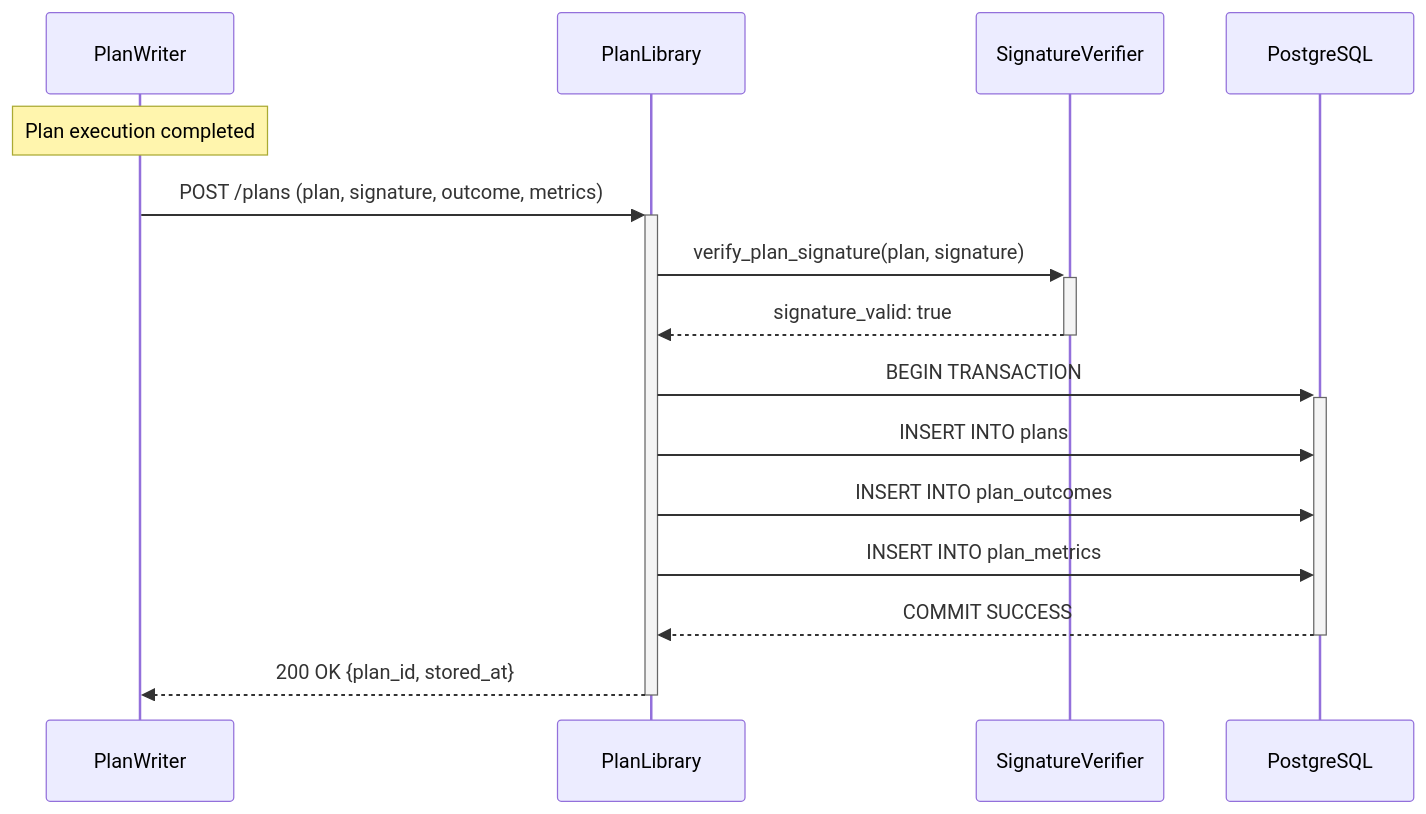
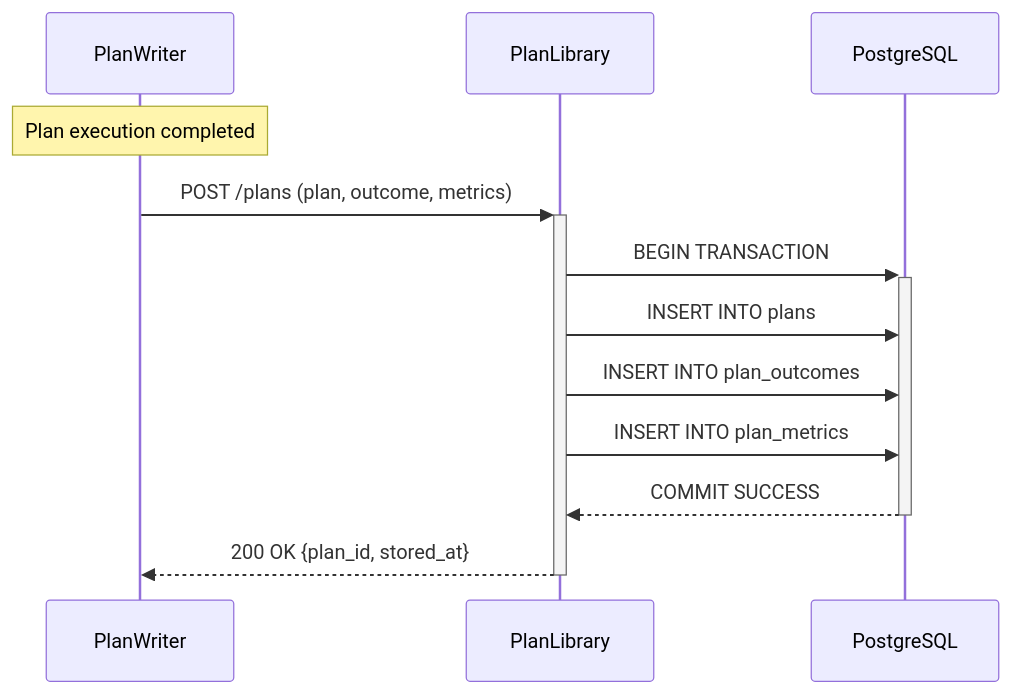
The seventh of 8 diagrams in components/PlanLibrary/diagrams/flow.md (AnantshreeChandola/Aexor), drawn with Mermaid before and after one commit. The commit also changed other lines of this file and 74 other files, not shown here.

````diff
--- a/components/PlanLibrary/diagrams/flow.md
+++ b/components/PlanLibrary/diagrams/flow.md
@@ -197,20 +195,17 @@
 ```mermaid
 sequenceDiagram
     participant PW as PlanWriter
     participant PL as PlanLibrary
-    participant SV as SignatureVerifier
     participant DB as PostgreSQL
 
     Note over PW: Plan execution completed
-    PW->>+PL: POST /plans (plan, signature, outcome, metrics)
-    PL->>+SV: verify_plan_signature(plan, signature)
-    SV-->>-PL: signature_valid: true
+    PW->>+PL: POST /plans (plan, outcome, metrics)
 
     PL->>+DB: BEGIN TRANSACTION
     PL->>DB: INSERT INTO plans
     PL->>DB: INSERT INTO plan_outcomes
     PL->>DB: INSERT INTO plan_metrics
     DB-->>-PL: COMMIT SUCCESS
 
     PL-->>-PW: 200 OK {plan_id, stored_at}
 ```
````
